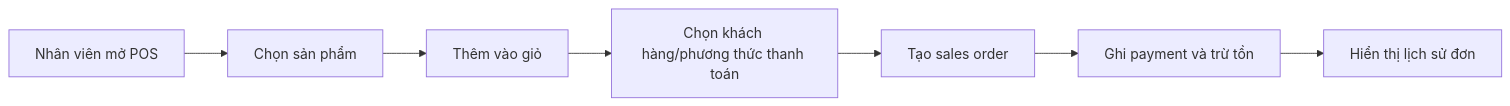
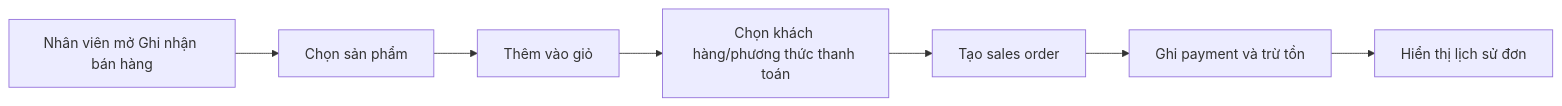
Before and after one commit to BuiTanDung-DVV/StockManagementAndTaxWarning: the first of 6 diagrams in BA_DOCUMENTS/07_AS_IS_TO_BE_WORKFLOWS.md, drawn with Mermaid. The commit also changed other lines of this file and 302 other files, not shown here.

````diff
--- a/BA_DOCUMENTS/07_AS_IS_TO_BE_WORKFLOWS.md
+++ b/BA_DOCUMENTS/07_AS_IS_TO_BE_WORKFLOWS.md
@@ -7,9 +7,9 @@
 ```mermaid
 flowchart LR
-    A["Nhân viên mở POS"] --> B["Chọn sản phẩm"]
+    A["Nhân viên mở Ghi nhận bán hàng"] --> B["Chọn sản phẩm"]
     B --> C["Thêm vào giỏ"]
     C --> D["Chọn khách hàng/phương thức thanh toán"]
     D --> E["Tạo sales order"]
     E --> F["Ghi payment và trừ tồn"]
     F --> G["Hiển thị lịch sử đơn"]
 ```
````
